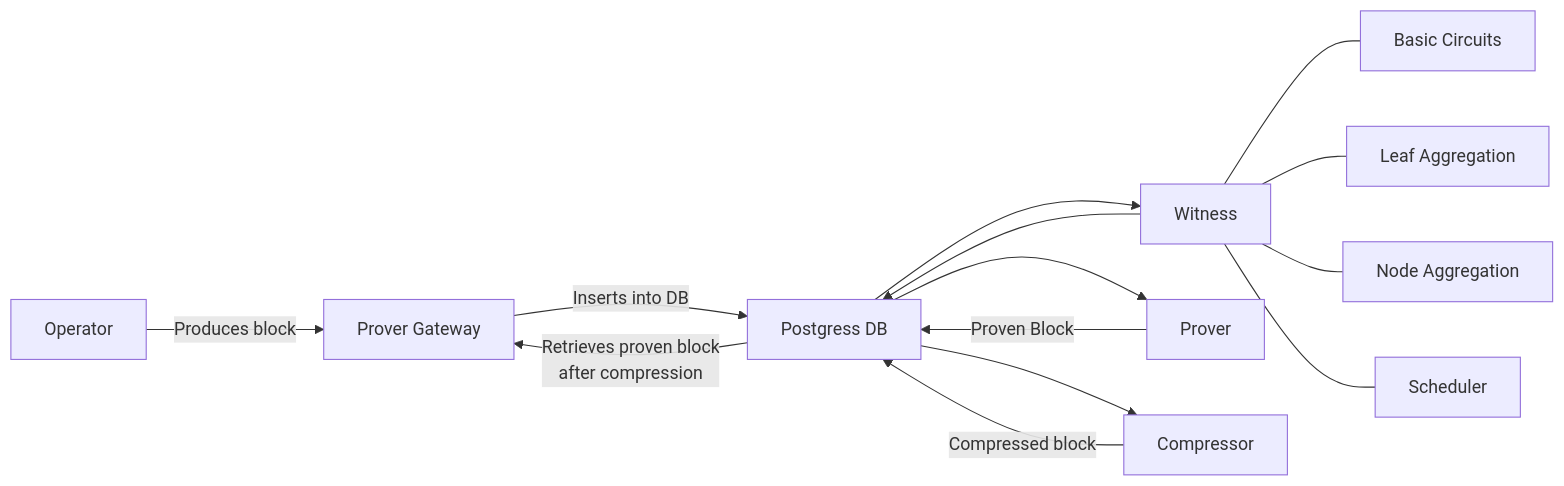
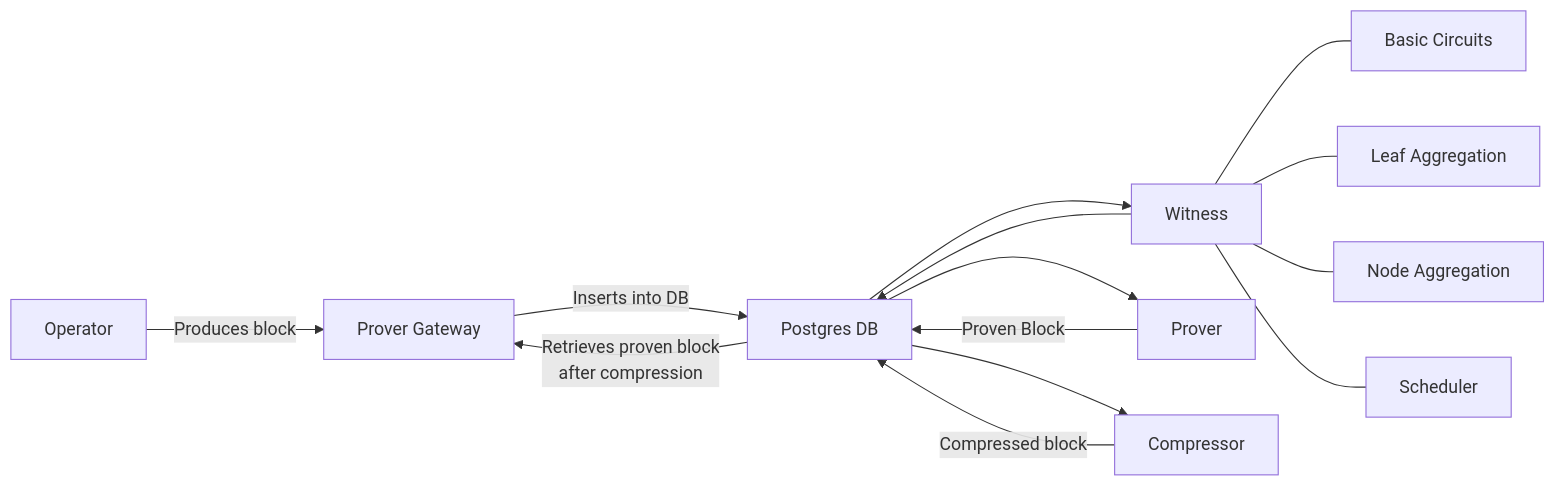
The diagram in prover/prover_fri/README.md (matter-labs/zksync-era), drawn with Mermaid before and after one commit. The commit also changed other lines of this file and 15 other files, not shown here.

````diff
--- a/prover/prover_fri/README.md
+++ b/prover/prover_fri/README.md
@@ -27,16 +27,16 @@
 ```mermaid
 flowchart LR
     A["Operator"] --> |Produces block| F[Prover Gateway]
-    F --> |Inserts into DB| B["Postgress DB"]
+    F --> |Inserts into DB| B["Postgres DB"]
     B --> |Retrieves proven block \nafter compression| F
     B --> C["Witness"]
     C --- C1["Basic Circuits"]
     C --- C2["Leaf Aggregation"]
     C --- C3["Node Aggregation"]
     C --- C4["Scheduler"]
     C --> B
     B --> D["Prover"]
     D --> |Proven Block| B
     B --> E["Compressor"]
     E --> |Compressed block| B
 ```
````
